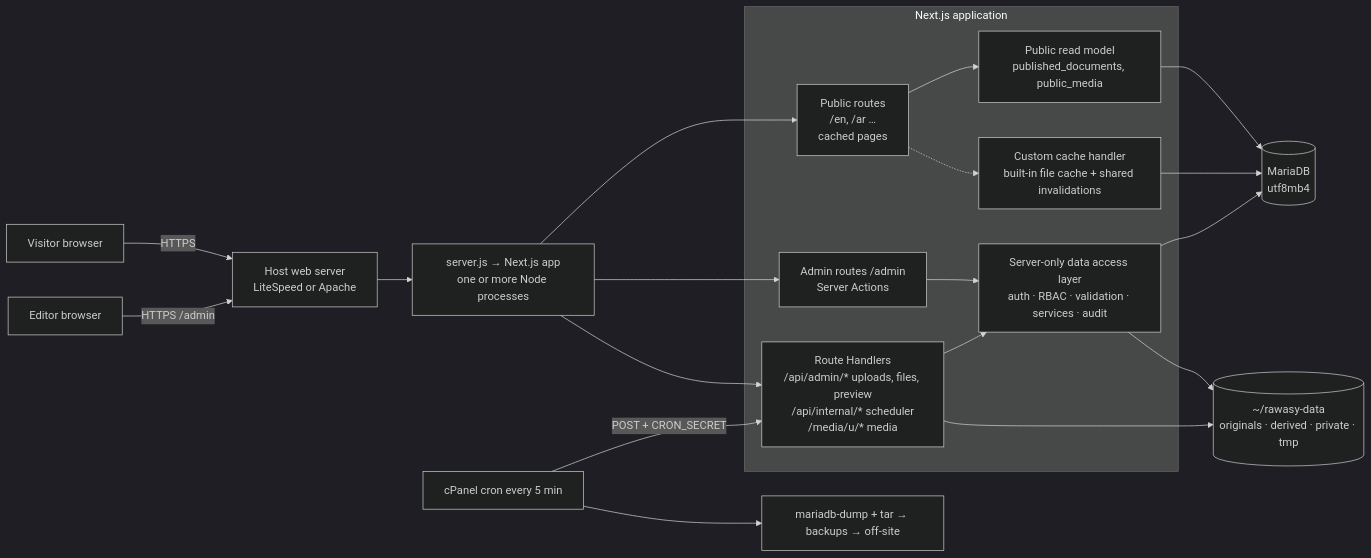
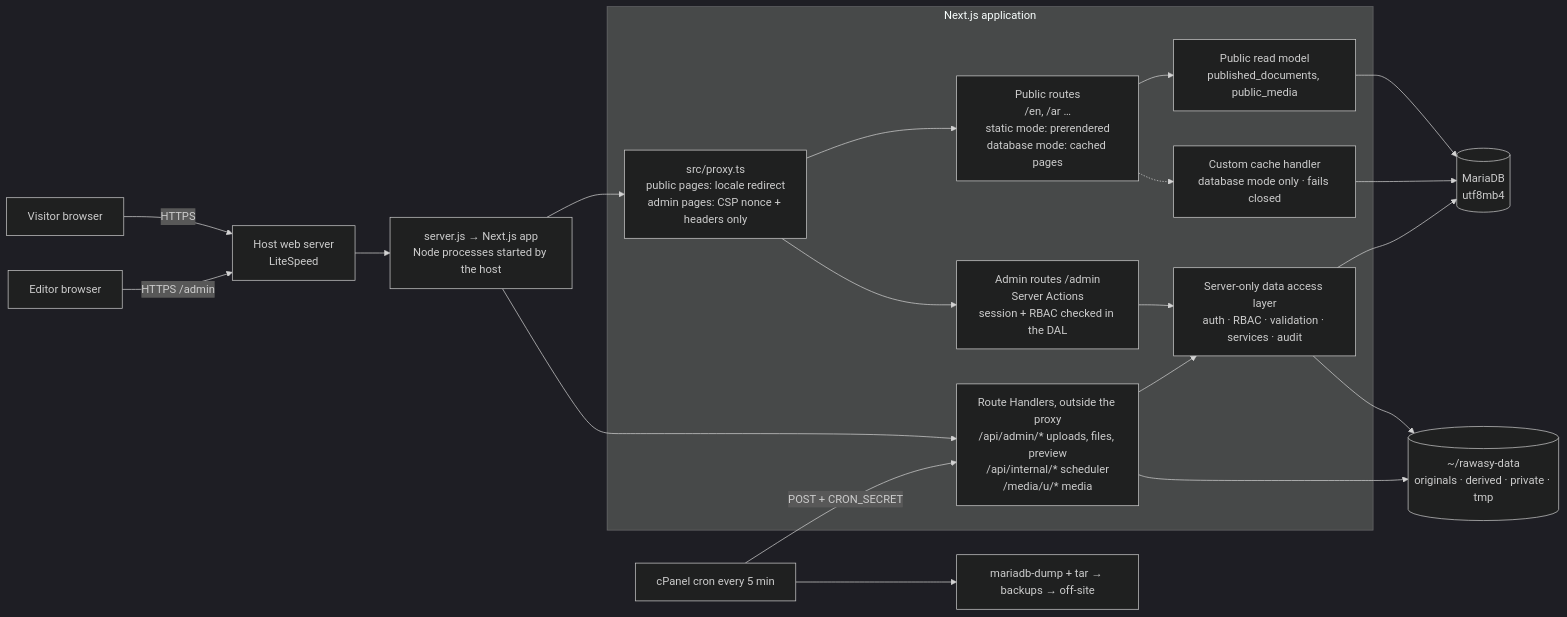
Before and after one commit to Delowar01/Rawasy-Metal-Website: the diagram in docs/admin/A1-ARCHITECTURE.md, drawn with Mermaid (dark theme). The commit also changed other lines of this file and 6 other files, not shown here.

````diff
--- a/docs/admin/A1-ARCHITECTURE.md
+++ b/docs/admin/A1-ARCHITECTURE.md
@@ -61,26 +70,29 @@
 ```mermaid
 flowchart LR
-  V[Visitor browser] -->|HTTPS| WS[Host web server<br/>LiteSpeed or Apache]
+  V[Visitor browser] -->|HTTPS| WS[Host web server<br/>LiteSpeed]
   E[Editor browser] -->|HTTPS /admin| WS
-  WS --> N[server.js → Next.js app<br/>one or more Node processes]
+  WS --> N[server.js → Next.js app<br/>Node processes started by the host]
   subgraph APP[Next.js application]
-    PUB[Public routes<br/>/en, /ar …<br/>cached pages]
-    ADM[Admin routes /admin<br/>Server Actions]
-    RH[Route Handlers<br/>/api/admin/* uploads, files, preview<br/>/api/internal/* scheduler<br/>/media/u/* media]
+    PX[src/proxy.ts<br/>public pages: locale redirect<br/>admin pages: CSP nonce + headers only]
+    PUB[Public routes<br/>/en, /ar …<br/>static mode: prerendered<br/>database mode: cached pages]
+    ADM[Admin routes /admin<br/>Server Actions<br/>session + RBAC checked in the DAL]
+    RH[Route Handlers, outside the proxy<br/>/api/admin/* uploads, files, preview<br/>/api/internal/* scheduler<br/>/media/u/* media]
     RM[Public read model<br/>published_documents, public_media]
     DAL[Server-only data access layer<br/>auth · RBAC · validation · services · audit]
-    CH[Custom cache handler<br/>built-in file cache + shared invalidations]
+    CH[Custom cache handler<br/>database mode only · fails closed]
   end
-  N --> PUB & ADM & RH
+  N --> PX
+  PX --> PUB & ADM
+  N --> RH
   PUB --> RM
   ADM --> DAL
   RH --> DAL
   RM --> DB[(MariaDB<br/>utf8mb4)]
   DAL --> DB
   DAL --> FS[(~/rawasy-data<br/>originals · derived · private · tmp)]
   RH --> FS
   PUB -.-> CH
   CH --> DB
   CRON[cPanel cron every 5 min] -->|POST + CRON_SECRET| RH
   CRON --> BK[mariadb-dump + tar → backups → off-site]
 ```
````
